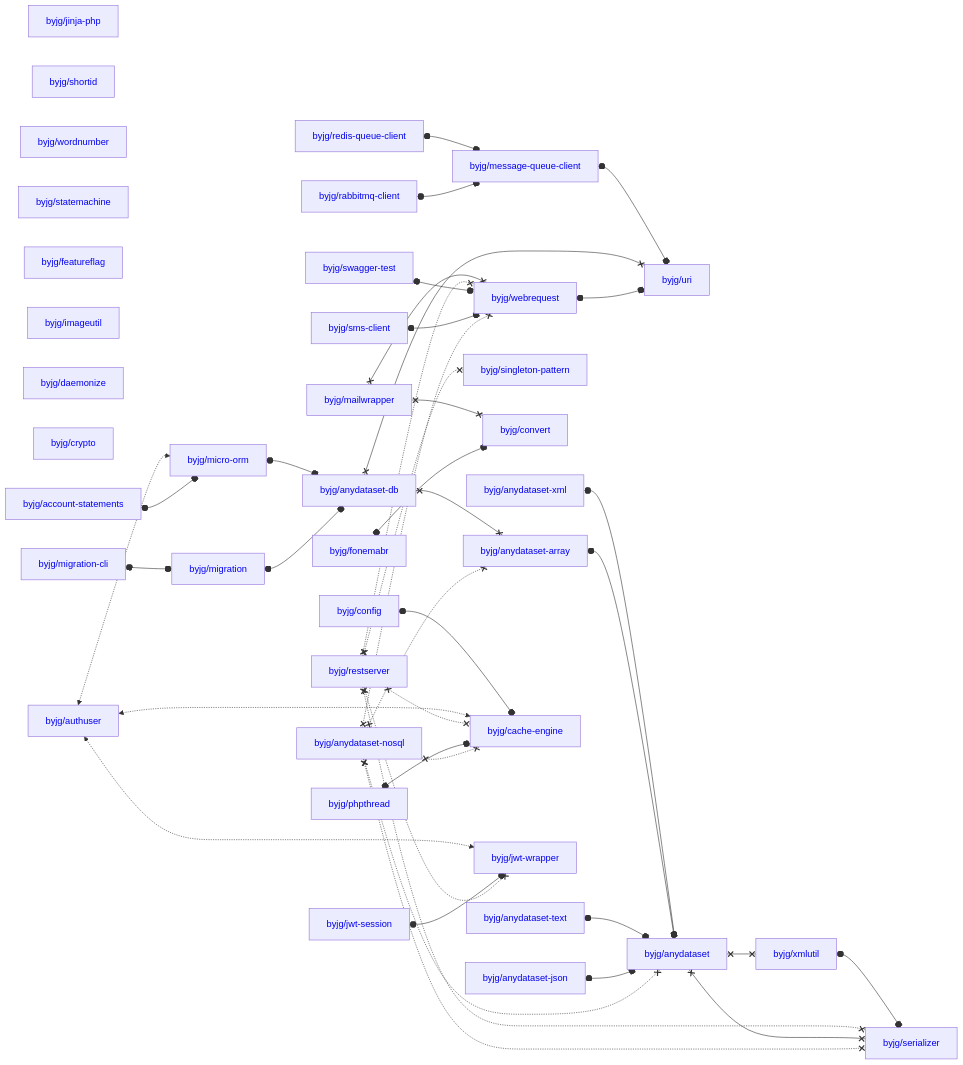
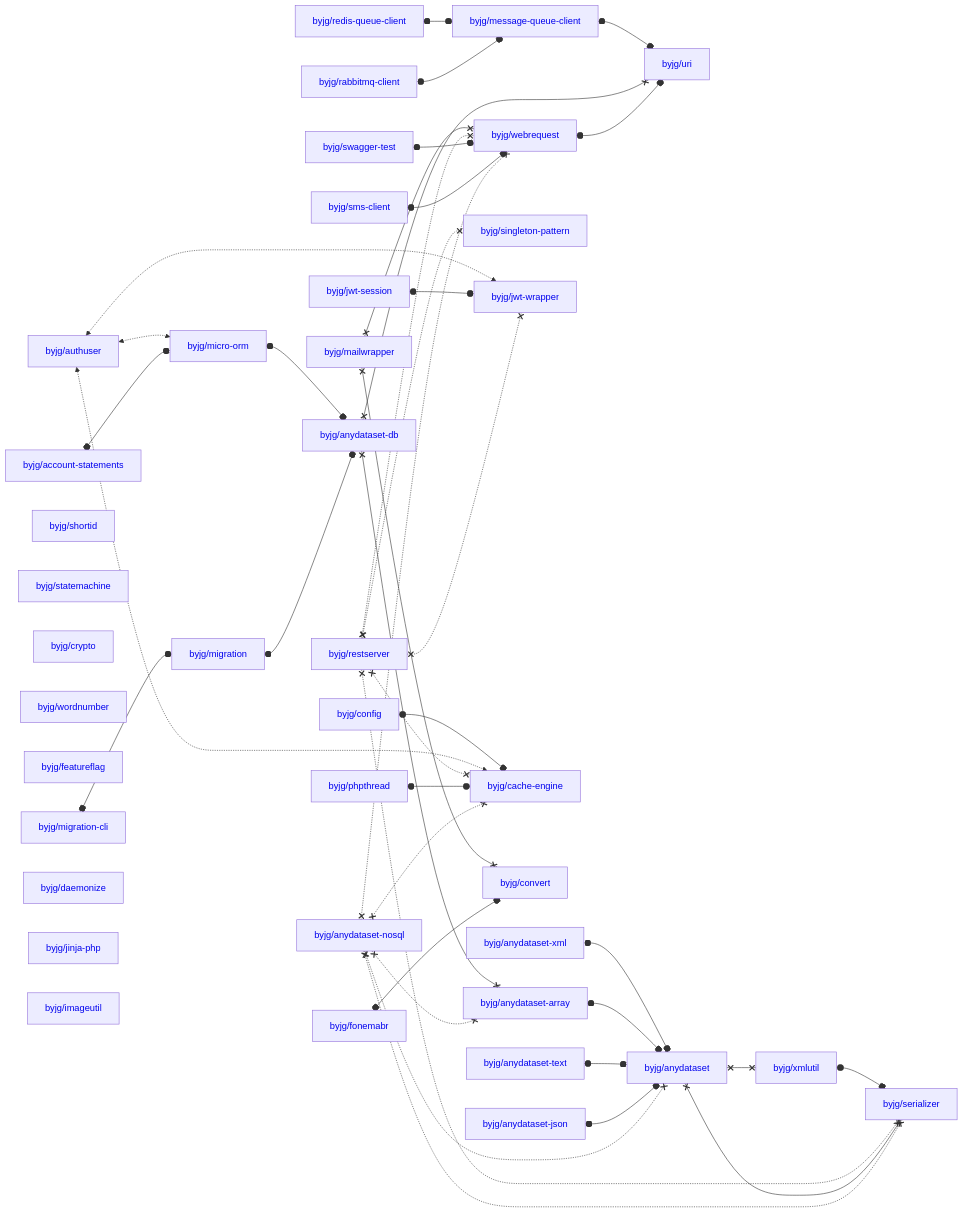
Before and after one commit to byjg/byjg.github.io: the diagram in docs/php/README.md, drawn with Mermaid. The commit also changed other lines of this file and 6 other files, not shown here.

Commit message:
Update documentation 'php' 'php-anydataset-db'

````diff
--- a/docs/php/README.md
+++ b/docs/php/README.md
@@ -3,80 +3,80 @@
 ```mermaid
 graph LR;
+  byjg/anydataset-text[<a href='https://opensource.byjg.com/docs/php/anydataset-text' style='text-decoration:none'>byjg/anydataset-text</a>];
+  byjg/authuser[<a href='https://opensource.byjg.com/docs/php/authuser' style='text-decoration:none'>byjg/authuser</a>];
+  byjg/anydataset-xml[<a href='https://opensource.byjg.com/docs/php/anydataset-xml' style='text-decoration:none'>byjg/anydataset-xml</a>];
+  byjg/migration-cli[<a href='https://opensource.byjg.com/docs/php/migration-cli' style='text-decoration:none'>byjg/migration-cli</a>];
+  byjg/redis-queue-client[<a href='https://opensource.byjg.com/docs/php/redis-queue-client' style='text-decoration:none'>byjg/redis-queue-client</a>];
+  byjg/shortid[<a href='https://opensource.byjg.com/docs/php/shortid' style='text-decoration:none'>byjg/shortid</a>];
+  byjg/statemachine[<a href='https://opensource.byjg.com/docs/php/statemachine' style='text-decoration:none'>byjg/statemachine</a>];
+  byjg/jwt-session[<a href='https://opensource.byjg.com/docs/php/jwt-session' style='text-decoration:none'>byjg/jwt-session</a>];
+  byjg/crypto[<a href='https://opensource.byjg.com/docs/php/crypto' style='text-decoration:none'>byjg/crypto</a>];
+  byjg/wordnumber[<a href='https://opensource.byjg.com/docs/php/wordnumber' style='text-decoration:none'>byjg/wordnumber</a>];
+  byjg/config[<a href='https://opensource.byjg.com/docs/php/config' style='text-decoration:none'>byjg/config</a>];
   byjg/anydataset-nosql[<a href='https://opensource.byjg.com/docs/php/anydataset-nosql' style='text-decoration:none'>byjg/anydataset-nosql</a>];
+  byjg/featureflag[<a href='https://opensource.byjg.com/docs/php/featureflag' style='text-decoration:none'>byjg/featureflag</a>];
+  byjg/restserver[<a href='https://opensource.byjg.com/docs/php/restserver' style='text-decoration:none'>byjg/restserver</a>];
+  byjg/phpthread[<a href='https://opensource.byjg.com/docs/php/phpthread' style='text-decoration:none'>byjg/phpthread</a>];
+  byjg/account-statements[<a href='https://opensource.byjg.com/docs/php/account-statements' style='text-decoration:none'>byjg/account-statements</a>];
+  byjg/swagger-test[<a href='https://opensource.byjg.com/docs/php/swagger-test' style='text-decoration:none'>byjg/swagger-test</a>];
+  byjg/daemonize[<a href='https://opensource.byjg.com/docs/php/daemonize' style='text-decoration:none'>byjg/daemonize</a>];
   byjg/jinja-php[<a href='https://opensource.byjg.com/docs/php/jinja-php' style='text-decoration:none'>byjg/jinja-php</a>];
-  byjg/anydataset-text[<a href='https://opensource.byjg.com/docs/php/anydataset-text' style='text-decoration:none'>byjg/anydataset-text</a>];
-  byjg/shortid[<a href='https://opensource.byjg.com/docs/php/shortid' style='text-decoration:none'>byjg/shortid</a>];
+  byjg/mailwrapper[<a href='https://opensource.byjg.com/docs/php/mailwrapper' style='text-decoration:none'>byjg/mailwrapper</a>];
+  byjg/anydataset-json[<a href='https://opensource.byjg.com/docs/php/anydataset-json' style='text-decoration:none'>byjg/anydataset-json</a>];
+  byjg/imageutil[<a href='https://opensource.byjg.com/docs/php/imageutil' style='text-decoration:none'>byjg/imageutil</a>];
+  byjg/fonemabr[<a href='https://opensource.byjg.com/docs/php/fonemabr' style='text-decoration:none'>byjg/fonemabr</a>];
+  byjg/sms-client[<a href='https://opensource.byjg.com/docs/php/sms-client' style='text-decoration:none'>byjg/sms-client</a>];
   byjg/rabbitmq-client[<a href='https://opensource.byjg.com/docs/php/rabbitmq-client' style='text-decoration:none'>byjg/rabbitmq-client</a>];
-  byjg/wordnumber[<a href='https://opensource.byjg.com/docs/php/wordnumber' style='text-decoration:none'>byjg/wordnumber</a>];
-  byjg/statemachine[<a href='https://opensource.byjg.com/docs/php/statemachine' style='text-decoration:none'>byjg/statemachine</a>];
-  byjg/anydataset-xml[<a href='https://opensource.byjg.com/docs/php/anydataset-xml' style='text-decoration:none'>byjg/anydataset-xml</a>];
-  byjg/restserver[<a href='https://opensource.byjg.com/docs/php/restserver' style='text-decoration:none'>byjg/restserver</a>];
-  byjg/anydataset-json[<a href='https://opensource.byjg.com/docs/php/anydataset-json' style='text-decoration:none'>byjg/anydataset-json</a>];
-  byjg/fonemabr[<a href='https://opensource.byjg.com/docs/php/fonemabr' style='text-decoration:none'>byjg/fonemabr</a>];
-  byjg/featureflag[<a href='https://opensource.byjg.com/docs/php/featureflag' style='text-decoration:none'>byjg/featureflag</a>];
-  byjg/imageutil[<a href='https://opensource.byjg.com/docs/php/imageutil' style='text-decoration:none'>byjg/imageutil</a>];
-  byjg/daemonize[<a href='https://opensource.byjg.com/docs/php/daemonize' style='text-decoration:none'>byjg/daemonize</a>];
-  byjg/sms-client[<a href='https://opensource.byjg.com/docs/php/sms-client' style='text-decoration:none'>byjg/sms-client</a>];
-  byjg/swagger-test[<a href='https://opensource.byjg.com/docs/php/swagger-test' style='text-decoration:none'>byjg/swagger-test</a>];
-  byjg/mailwrapper[<a href='https://opensource.byjg.com/docs/php/mailwrapper' style='text-decoration:none'>byjg/mailwrapper</a>];
-  byjg/crypto[<a href='https://opensource.byjg.com/docs/php/crypto' style='text-decoration:none'>byjg/crypto</a>];
-  byjg/phpthread[<a href='https://opensource.byjg.com/docs/php/phpthread' style='text-decoration:none'>byjg/phpthread</a>];
-  byjg/jwt-session[<a href='https://opensource.byjg.com/docs/php/jwt-session' style='text-decoration:none'>byjg/jwt-session</a>];
-  byjg/account-statements[<a href='https://opensource.byjg.com/docs/php/account-statements' style='text-decoration:none'>byjg/account-statements</a>];
-  byjg/redis-queue-client[<a href='https://opensource.byjg.com/docs/php/redis-queue-client' style='text-decoration:none'>byjg/redis-queue-client</a>];
-  byjg/migration-cli[<a href='https://opensource.byjg.com/docs/php/migration-cli' style='text-decoration:none'>byjg/migration-cli</a>];
-  byjg/config[<a href='https://opensource.byjg.com/docs/php/config' style='text-decoration:none'>byjg/config</a>];
-  byjg/authuser[<a href='https://opensource.byjg.com/docs/php/authuser' style='text-decoration:none'>byjg/authuser</a>];
+  byjg/migration[<a href='https://opensource.byjg.com/docs/php/migration' style='text-decoration:none'>byjg/migration</a>];
   byjg/singleton-pattern[<a href='https://opensource.byjg.com/docs/php/singleton-pattern' style='text-decoration:none'>byjg/singleton-pattern</a>];
+  byjg/jwt-wrapper[<a href='https://opensource.byjg.com/docs/php/jwt-wrapper' style='text-decoration:none'>byjg/jwt-wrapper</a>];
+  byjg/cache-engine[<a href='https://opensource.byjg.com/docs/php/cache-engine' style='text-decoration:none'>byjg/cache-engine</a>];
+  byjg/micro-orm[<a href='https://opensource.byjg.com/docs/php/micro-orm' style='text-decoration:none'>byjg/micro-orm</a>];
   byjg/convert[<a href='https://opensource.byjg.com/docs/php/convert' style='text-decoration:none'>byjg/convert</a>];
   byjg/webrequest[<a href='https://opensource.byjg.com/docs/php/webrequest' style='text-decoration:none'>byjg/webrequest</a>];
   byjg/message-queue-client[<a href='https://opensource.byjg.com/docs/php/message-queue-client' style='text-decoration:none'>byjg/message-queue-client</a>];
-  byjg/migration[<a href='https://opensource.byjg.com/docs/php/migration' style='text-decoration:none'>byjg/migration</a>];
-  byjg/micro-orm[<a href='https://opensource.byjg.com/docs/php/micro-orm' style='text-decoration:none'>byjg/micro-orm</a>];
-  byjg/cache-engine[<a href='https://opensource.byjg.com/docs/php/cache-engine' style='text-decoration:none'>byjg/cache-engine</a>];
-  byjg/jwt-wrapper[<a href='https://opensource.byjg.com/docs/php/jwt-wrapper' style='text-decoration:none'>byjg/jwt-wrapper</a>];
   byjg/anydataset-db[<a href='https://opensource.byjg.com/docs/php/anydataset-db' style='text-decoration:none'>byjg/anydataset-db</a>];
   byjg/anydataset-array[<a href='https://opensource.byjg.com/docs/php/anydataset-array' style='text-decoration:none'>byjg/anydataset-array</a>];
   byjg/uri[<a href='https://opensource.byjg.com/docs/php/uri' style='text-decoration:none'>byjg/uri</a>];
   byjg/anydataset[<a href='https://opensource.byjg.com/docs/php/anydataset' style='text-decoration:none'>byjg/anydataset</a>];
   byjg/xmlutil[<a href='https://opensource.byjg.com/docs/php/xmlutil' style='text-decoration:none'>byjg/xmlutil</a>];
   byjg/serializer[<a href='https://opensource.byjg.com/docs/php/serializer' style='text-decoration:none'>byjg/serializer</a>];
   byjg/anydataset-xml o--o byjg/anydataset;
   byjg/config o--o byjg/cache-engine;
   byjg/authuser <-.-> byjg/micro-orm;
   byjg/authuser <-.-> byjg/cache-engine;
   byjg/authuser <-.-> byjg/jwt-wrapper;
   byjg/jwt-session o--o byjg/jwt-wrapper;
   byjg/redis-queue-client o--o byjg/message-queue-client;
   byjg/xmlutil o--o byjg/serializer;
   byjg/anydataset-array o--o byjg/anydataset;
   byjg/anydataset-text o--o byjg/anydataset;
   byjg/mailwrapper x--x byjg/convert;
   byjg/mailwrapper x--x byjg/webrequest;
   byjg/restserver x-.-x byjg/serializer;
   byjg/restserver x-.-x byjg/singleton-pattern;
   byjg/restserver x-.-x byjg/cache-engine;
   byjg/restserver x-.-x byjg/webrequest;
   byjg/restserver x-.-x byjg/jwt-wrapper;
   byjg/anydataset x--x byjg/serializer;
   byjg/anydataset x--x byjg/xmlutil;
   byjg/micro-orm o--o byjg/anydataset-db;
   byjg/phpthread o--o byjg/cache-engine;
   byjg/anydataset-json o--o byjg/anydataset;
   byjg/swagger-test o--o byjg/webrequest;
   byjg/fonemabr o--o byjg/convert;
   byjg/account-statements o--o byjg/micro-orm;
   byjg/sms-client o--o byjg/webrequest;
   byjg/migration-cli o--o byjg/migration;
   byjg/message-queue-client o--o byjg/uri;
   byjg/anydataset-db x--x byjg/anydataset-array;
   byjg/anydataset-db x--x byjg/uri;
   byjg/webrequest o--o byjg/uri;
   byjg/migration o--o byjg/anydataset-db;
   byjg/rabbitmq-client o--o byjg/message-queue-client;
   byjg/anydataset-nosql x-.-x byjg/anydataset;
   byjg/anydataset-nosql x-.-x byjg/anydataset-array;
   byjg/anydataset-nosql x-.-x byjg/serializer;
   byjg/anydataset-nosql x-.-x byjg/webrequest;
   byjg/anydataset-nosql x-.-x byjg/cache-engine;
 ```
````
